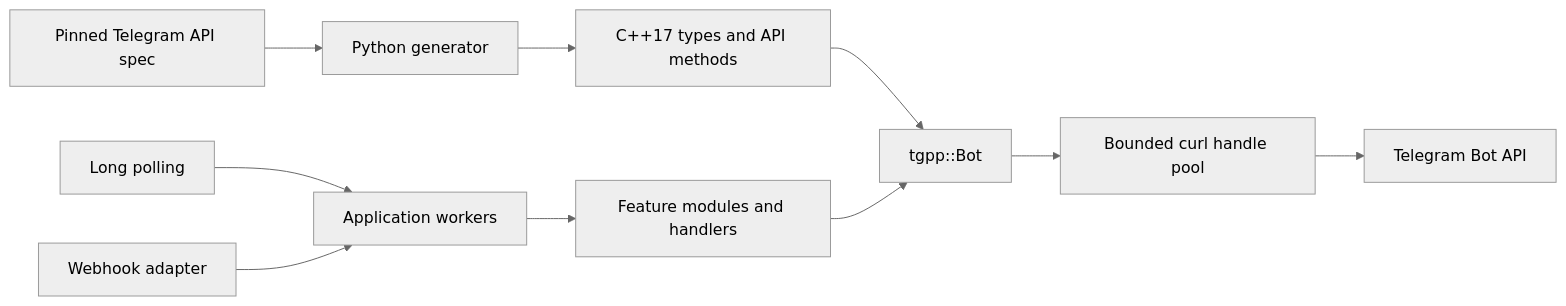
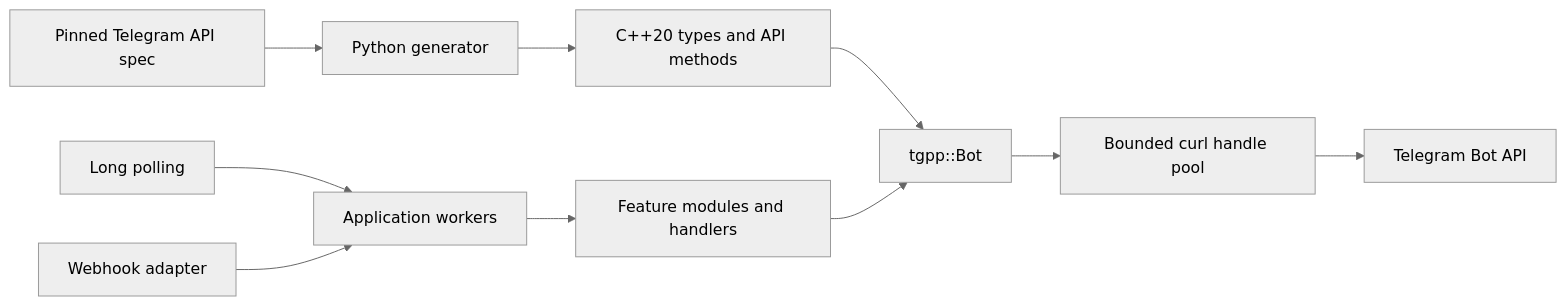
One commit to Dank-del/tgpp changed the first of 5 diagrams in docs/architecture.md. Above: the diagram before and after it, drawn with Mermaid (neutral theme). The commit also changed other lines of this file and 99 other files, not shown here.

Commit message:
Add C++20 async runtime and schema-generated fluent APIs

````diff
--- a/docs/architecture.md
+++ b/docs/architecture.md
@@ -7,12 +7,12 @@
 ```mermaid
 flowchart LR
     Spec["Pinned Telegram API spec"] --> Generator["Python generator"]
-    Generator --> Types["C++17 types and API methods"]
+    Generator --> Types["C++20 types and API methods"]
     Types --> Bot["tgpp::Bot"]
     Polling["Long polling"] --> App["Application workers"]
     Webhook["Webhook adapter"] --> App
     App --> Features["Feature modules and handlers"]
     Features --> Bot
     Bot --> Pool["Bounded curl handle pool"]
     Pool --> Telegram["Telegram Bot API"]
 ```
````
